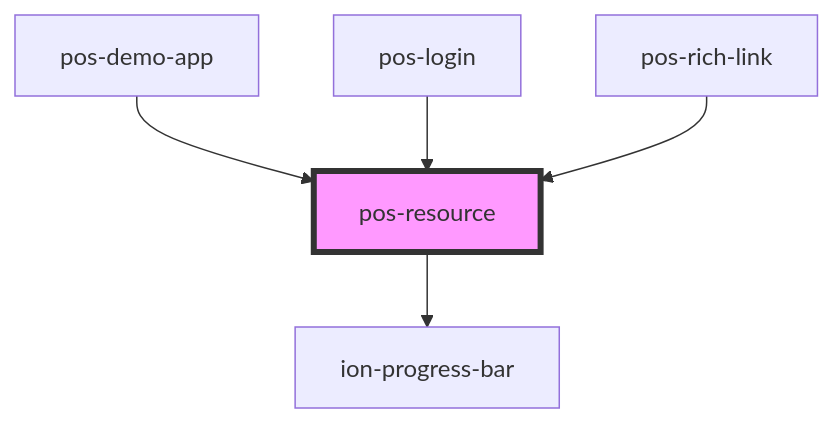
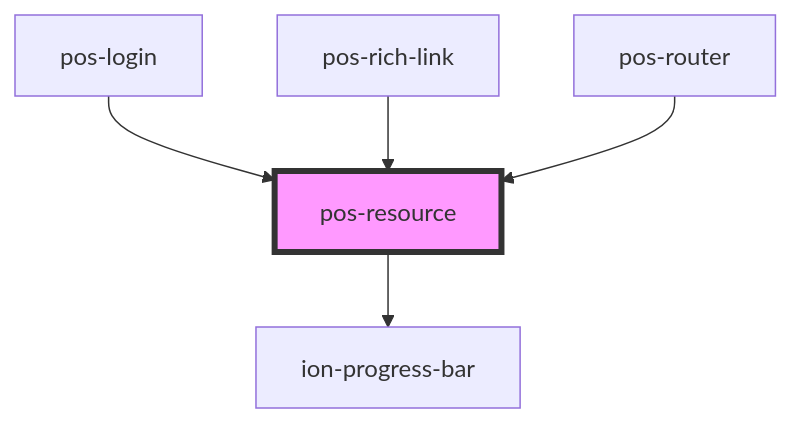
One commit to pod-os/PodOS changed the diagram in elements/src/components/pos-resource/readme.md. Above: the diagram before and after it, drawn with Mermaid. The commit also changed other lines of this file and 7 other files, not shown here.

````diff
--- a/elements/src/components/pos-resource/readme.md
+++ b/elements/src/components/pos-resource/readme.md
@@ -49,8 +49,8 @@
 ```mermaid
 graph TD;
   pos-resource --> ion-progress-bar
-  pos-demo-app --> pos-resource
   pos-login --> pos-resource
   pos-rich-link --> pos-resource
+  pos-router --> pos-resource
   style pos-resource fill:#f9f,stroke:#333,stroke-width:4px
 ```
````
